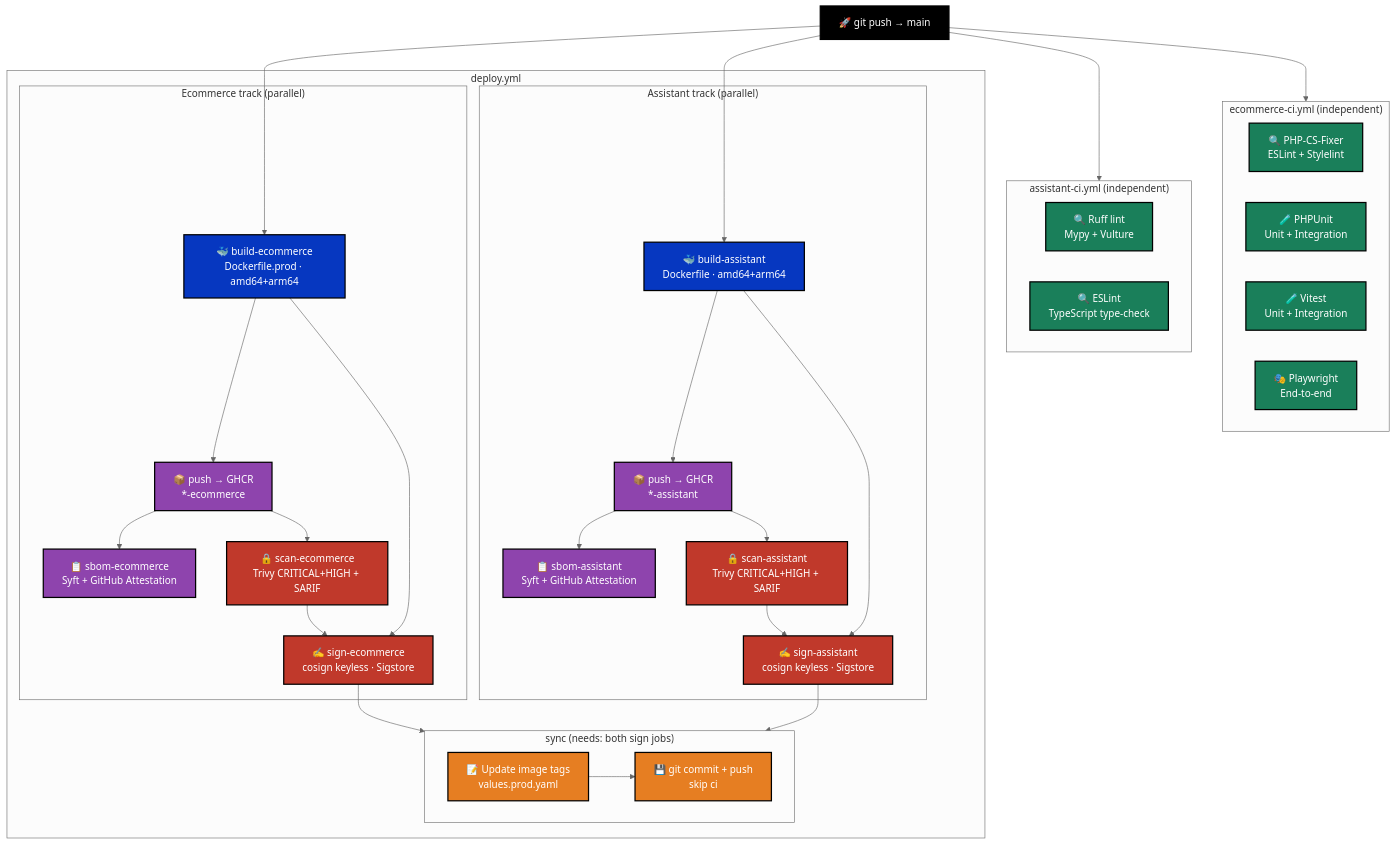
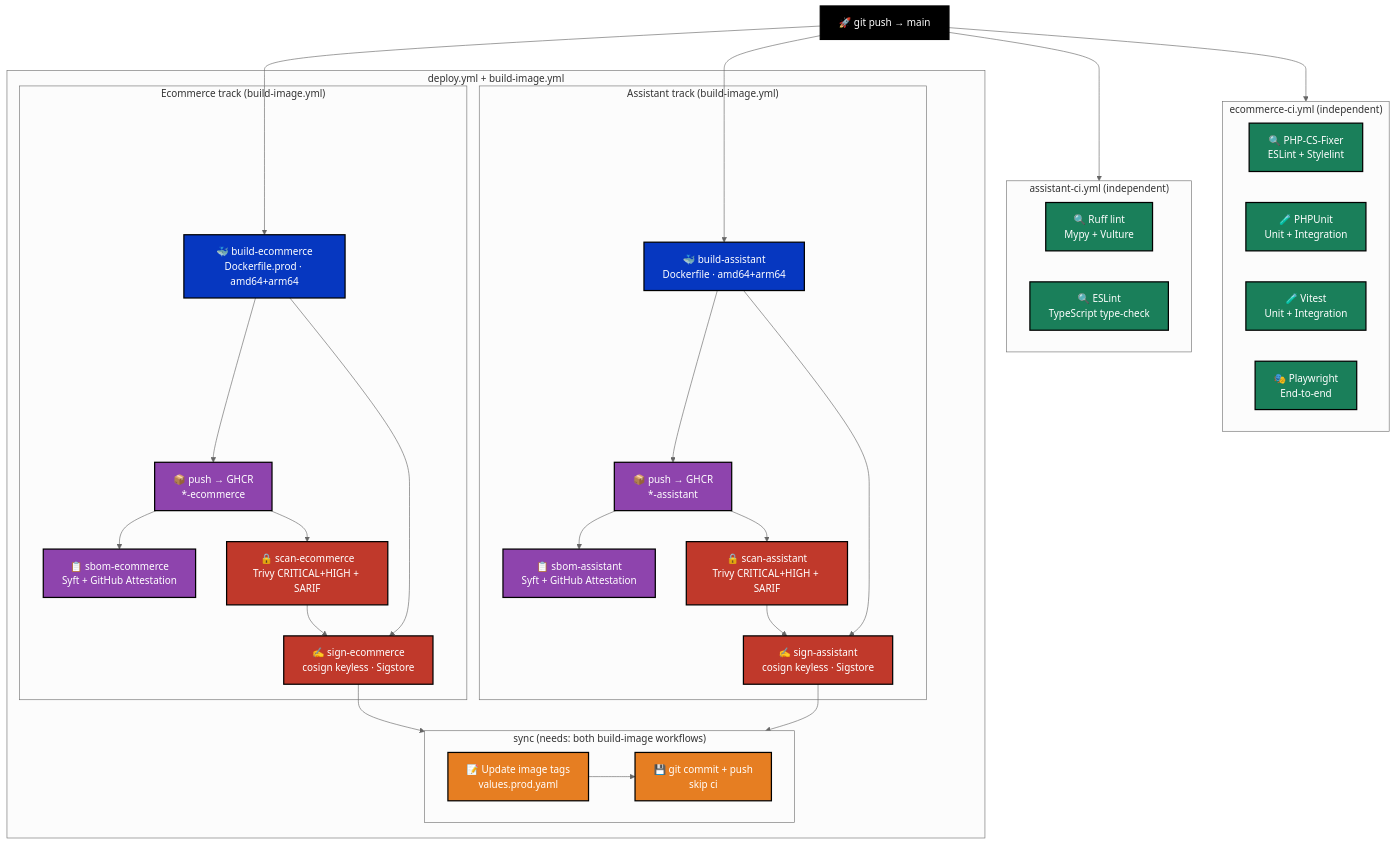
Before and after one commit to developer-samuel/levelup-store: the diagram in docs/diagrams/graphs/architecture/deployment.mmd, drawn with Mermaid (neutral theme). The commit also changed 7 other files, not shown here.

```diff
--- a/docs/diagrams/graphs/architecture/deployment.mmd
+++ b/docs/diagrams/graphs/architecture/deployment.mmd
@@ -1,77 +1,78 @@
 graph TD
     %% CI/CD deployment pipeline - GitHub Actions
-    %% deploy.yml: parallel ecommerce + assistant pipelines → shared sync
+    %% deploy.yml: orchestrates via build-image.yml (reusable workflow)
+    %% EcommerceTrack + AssistantTrack run inside build-image.yml
     %% ecommerce-ci.yml + assistant-ci.yml run independently (not gates)
 
     classDef trigger  fill:#000,    color:#fff, stroke:#000, stroke-width:2px;
     classDef ci       fill:#1a7f5a, color:#fff, stroke:#000, stroke-width:2px;
     classDef build    fill:#0637c0, color:#fff, stroke:#000, stroke-width:2px;
     classDef security fill:#c0392b, color:#fff, stroke:#000, stroke-width:2px;
     classDef sbom     fill:#8e44ad, color:#fff, stroke:#000, stroke-width:2px;
     classDef registry fill:#8e44ad, color:#fff, stroke:#000, stroke-width:2px;
     classDef gitops   fill:#e67e22, color:#fff, stroke:#000, stroke-width:2px;
 
     Push[🚀 git push → main]:::trigger
 
     %% ── Independent CI (not gates) ───────────────────────────────────────────
 
     subgraph EcommerceCIWorkflow["ecommerce-ci.yml  (independent)"]
         Lint[🔍 PHP-CS-Fixer\nESLint + Stylelint]:::ci
         PHPUnit[🧪 PHPUnit\nUnit + Integration]:::ci
         Vitest[🧪 Vitest\nUnit + Integration]:::ci
         Playwright[🎭 Playwright\nEnd-to-end]:::ci
     end
 
     subgraph AssistantCIWorkflow["assistant-ci.yml  (independent)"]
         AiLint[🔍 Ruff lint\nMypy + Vulture]:::ci
         AiFrontendLint[🔍 ESLint\nTypeScript type-check]:::ci
     end
 
     %% ── deploy.yml ───────────────────────────────────────────────────────────
 
-    subgraph DeployWorkflow["deploy.yml"]
+    subgraph DeployWorkflow["deploy.yml + build-image.yml"]
 
-        subgraph EcommerceTrack["Ecommerce track  (parallel)"]
+        subgraph EcommerceTrack["Ecommerce track  (build-image.yml)"]
             BuildEcommerce[🐳 build-ecommerce\nDockerfile.prod · amd64+arm64]:::build
             GHCREcommerce[📦 push → GHCR\n*-ecommerce]:::registry
             SbomEcommerce[📋 sbom-ecommerce\nSyft + GitHub Attestation]:::sbom
             ScanEcommerce[🔒 scan-ecommerce\nTrivy CRITICAL+HIGH + SARIF]:::security
             SignEcommerce[✍️ sign-ecommerce\ncosign keyless · Sigstore]:::security
         end
 
-        subgraph AssistantTrack["Assistant track  (parallel)"]
+        subgraph AssistantTrack["Assistant track  (build-image.yml)"]
             BuildAssistant[🐳 build-assistant\nDockerfile · amd64+arm64]:::build
             GHCRAssistant[📦 push → GHCR\n*-assistant]:::registry
             SbomAssistant[📋 sbom-assistant\nSyft + GitHub Attestation]:::sbom
             ScanAssistant[🔒 scan-assistant\nTrivy CRITICAL+HIGH + SARIF]:::security
             SignAssistant[✍️ sign-assistant\ncosign keyless · Sigstore]:::security
         end
 
-        subgraph SyncJob["sync  (needs: both sign jobs)"]
+        subgraph SyncJob["sync  (needs: both build-image workflows)"]
             ValuesUpdate[📝 Update image tags\nvalues.prod.yaml]:::gitops
             GitCommit[💾 git commit + push\nskip ci]:::gitops
         end
 
     end
 
     Push --> EcommerceCIWorkflow
     Push --> AssistantCIWorkflow
     Push --> BuildEcommerce
     Push --> BuildAssistant
 
     BuildEcommerce --> GHCREcommerce
     GHCREcommerce  --> SbomEcommerce
     GHCREcommerce  --> ScanEcommerce
     ScanEcommerce  --> SignEcommerce
     BuildEcommerce --> SignEcommerce
 
     BuildAssistant --> GHCRAssistant
     GHCRAssistant  --> SbomAssistant
     GHCRAssistant  --> ScanAssistant
     ScanAssistant  --> SignAssistant
     BuildAssistant --> SignAssistant
 
     SignEcommerce --> SyncJob
     SignAssistant --> SyncJob
 
     ValuesUpdate --> GitCommit
```
